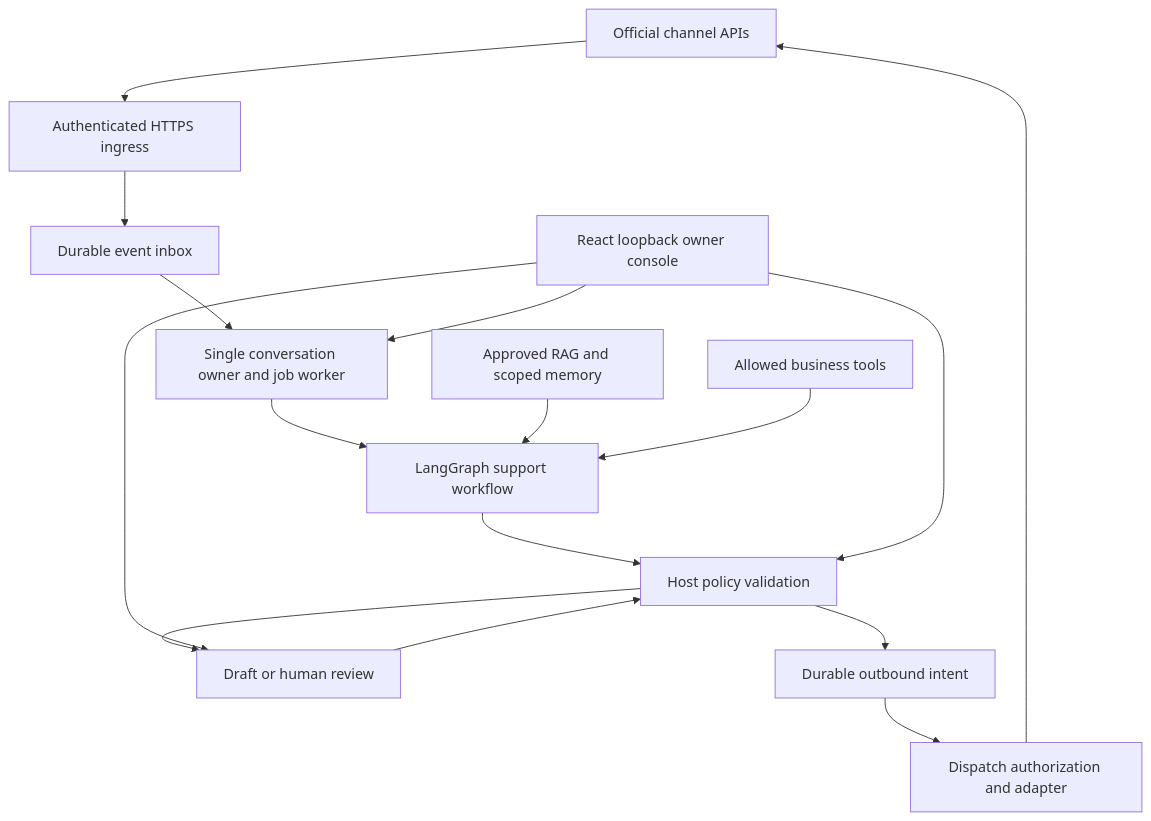
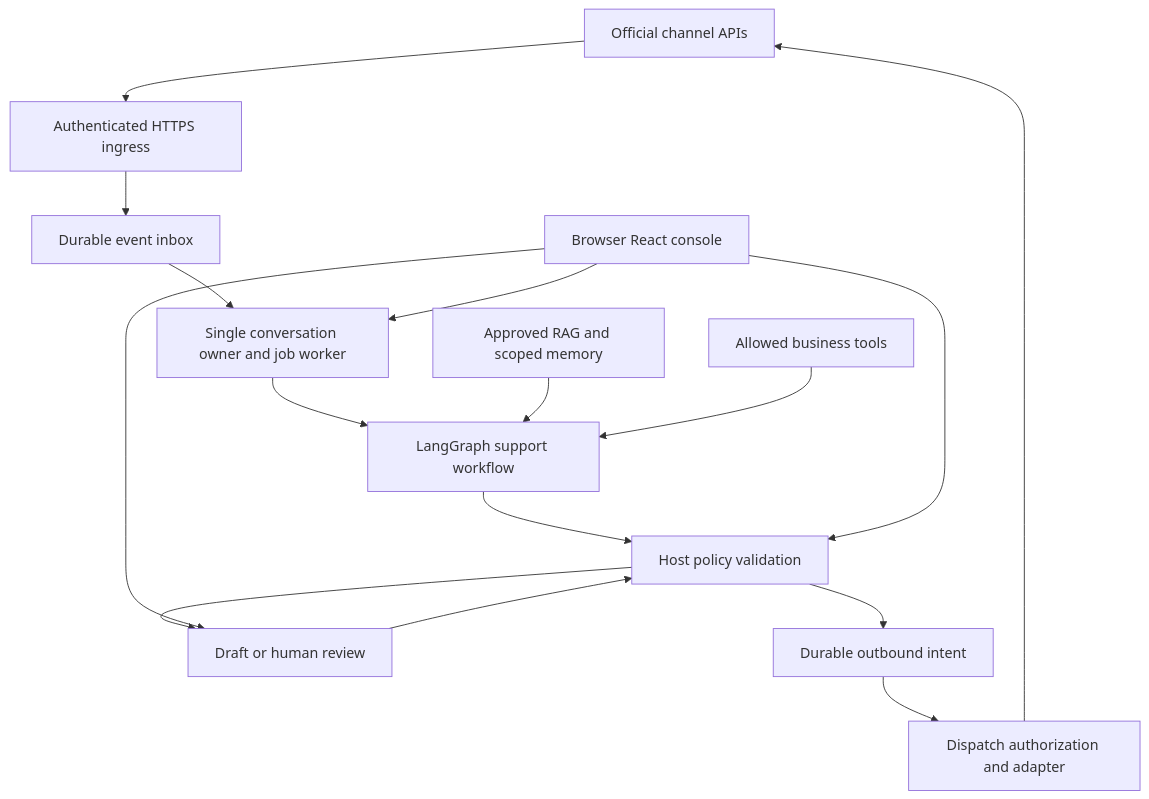
Before and after one commit to meharajM/WA-copilot: the diagram in docs/omnichannel-langgraph-architecture.md, drawn with Mermaid. The commit also changed other lines of this file and 69 other files, not shown here.

````diff
--- a/docs/omnichannel-langgraph-architecture.md
+++ b/docs/omnichannel-langgraph-architecture.md
@@ -121,18 +127,18 @@
 ```mermaid
 flowchart TD
     C[Official channel APIs] --> I[Authenticated HTTPS ingress]
     I --> E[Durable event inbox]
     E --> W[Single conversation owner and job worker]
     W --> G[LangGraph support workflow]
     K[Approved RAG and scoped memory] --> G
     T[Allowed business tools] --> G
     G --> P[Host policy validation]
     P --> H[Draft or human review]
     H --> P
     P --> O[Durable outbound intent]
     O --> D[Dispatch authorization and adapter]
     D --> C
-    U[React loopback owner console] --> W
+    U[Browser React console] --> W
     U --> H
     U --> P
 ```
````
